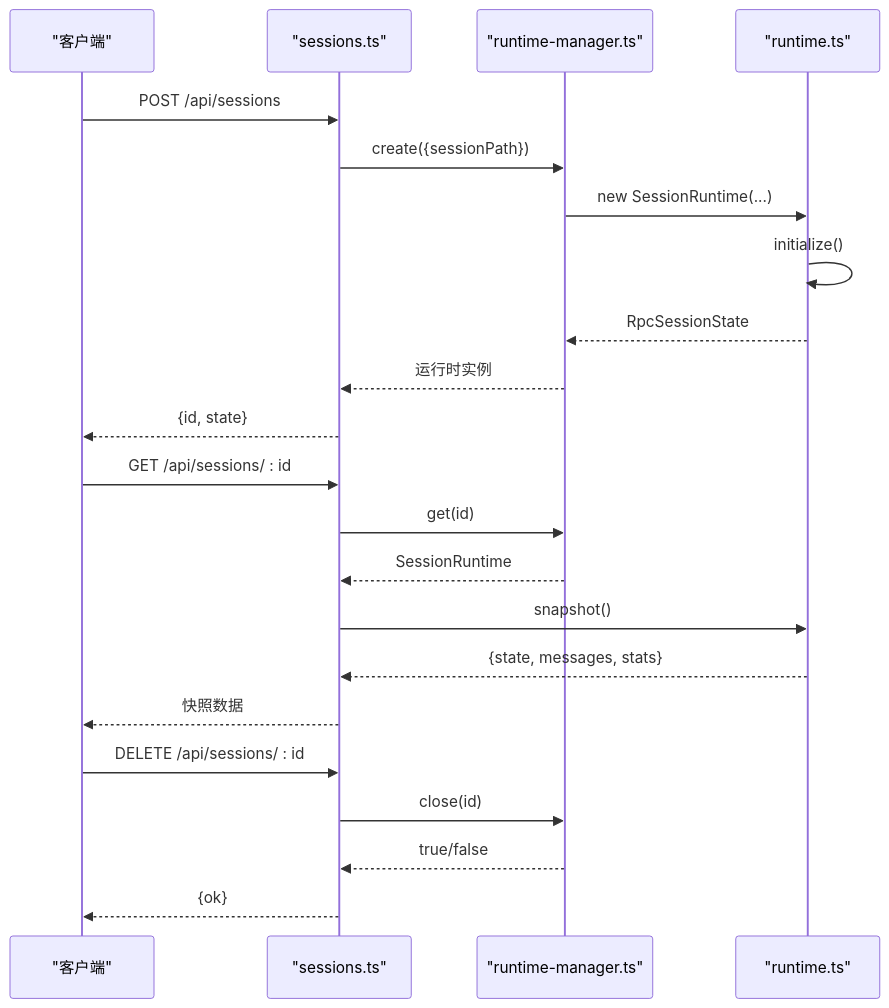
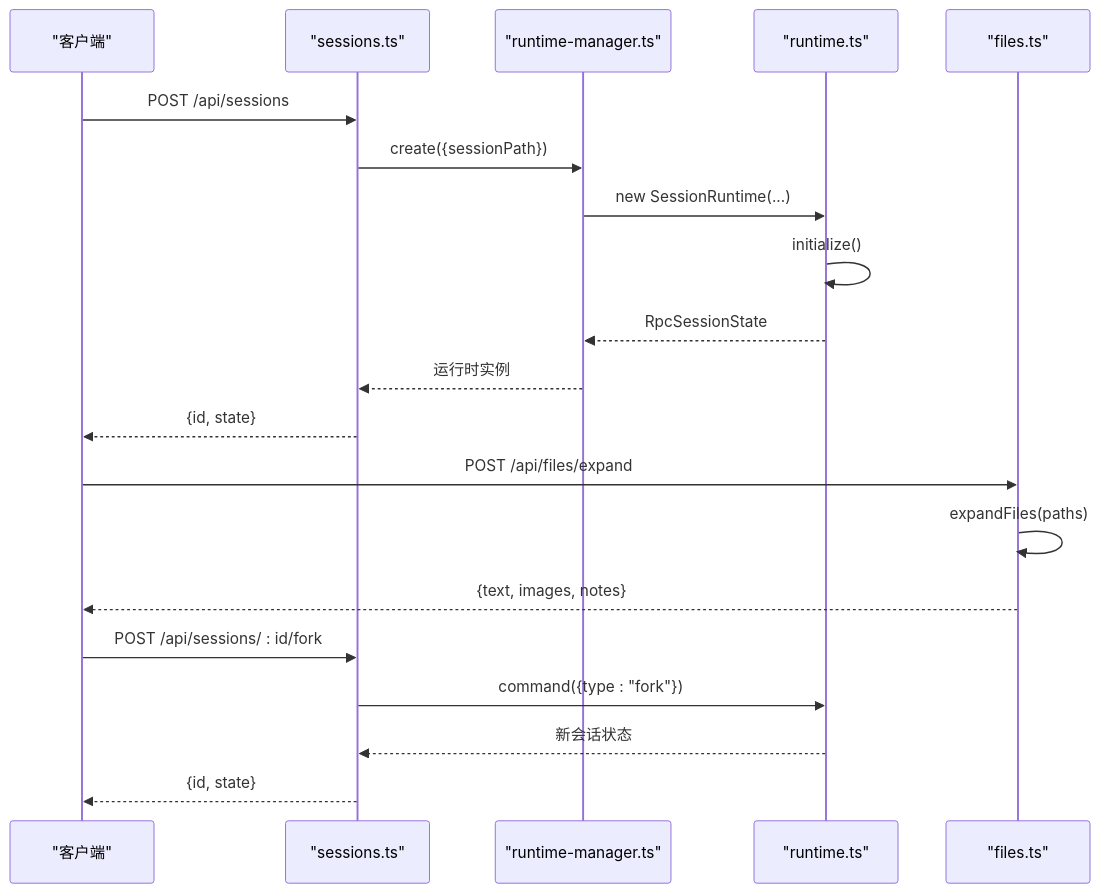
Before and after one commit to FDE-GROUP/oh-my-coding-agent: diagram 13 of 14 in .qoder/repowiki/zh/content/快速开始/Pi Web UI 前端界面.md, drawn with Mermaid. The commit also changed other lines of this file and 433 other files, not shown here.

````diff
--- a/.qoder/repowiki/zh/content/快速开始/Pi Web UI 前端界面.md
+++ b/.qoder/repowiki/zh/content/快速开始/Pi Web UI 前端界面.md
@@ -492,24 +747,22 @@
 ```mermaid
 sequenceDiagram
 participant Client as "客户端"
 participant SessionsAPI as "sessions.ts"
 participant Manager as "runtime-manager.ts"
 participant Runtime as "runtime.ts"
+participant FilesAPI as "files.ts"
 Client->>SessionsAPI : POST /api/sessions
 SessionsAPI->>Manager : create({sessionPath})
 Manager->>Runtime : new SessionRuntime(...)
 Runtime->>Runtime : initialize()
 Runtime-->>Manager : RpcSessionState
 Manager-->>SessionsAPI : 运行时实例
 SessionsAPI-->>Client : {id, state}
-Client->>SessionsAPI : GET /api/sessions/ : id
-SessionsAPI->>Manager : get(id)
-Manager-->>SessionsAPI : SessionRuntime
-SessionsAPI->>Runtime : snapshot()
-Runtime-->>SessionsAPI : {state, messages, stats}
-SessionsAPI-->>Client : 快照数据
-Client->>SessionsAPI : DELETE /api/sessions/ : id
-SessionsAPI->>Manager : close(id)
-Manager-->>SessionsAPI : true/false
-SessionsAPI-->>Client : {ok}
+Client->>FilesAPI : POST /api/files/expand
+FilesAPI->>FilesAPI : expandFiles(paths)
+FilesAPI-->>Client : {text, images, notes}
+Client->>SessionsAPI : POST /api/sessions/ : id/fork
+SessionsAPI->>Runtime : command({type : "fork"})
+Runtime-->>SessionsAPI : 新会话状态
+SessionsAPI-->>Client : {id, state}
 ```
````
